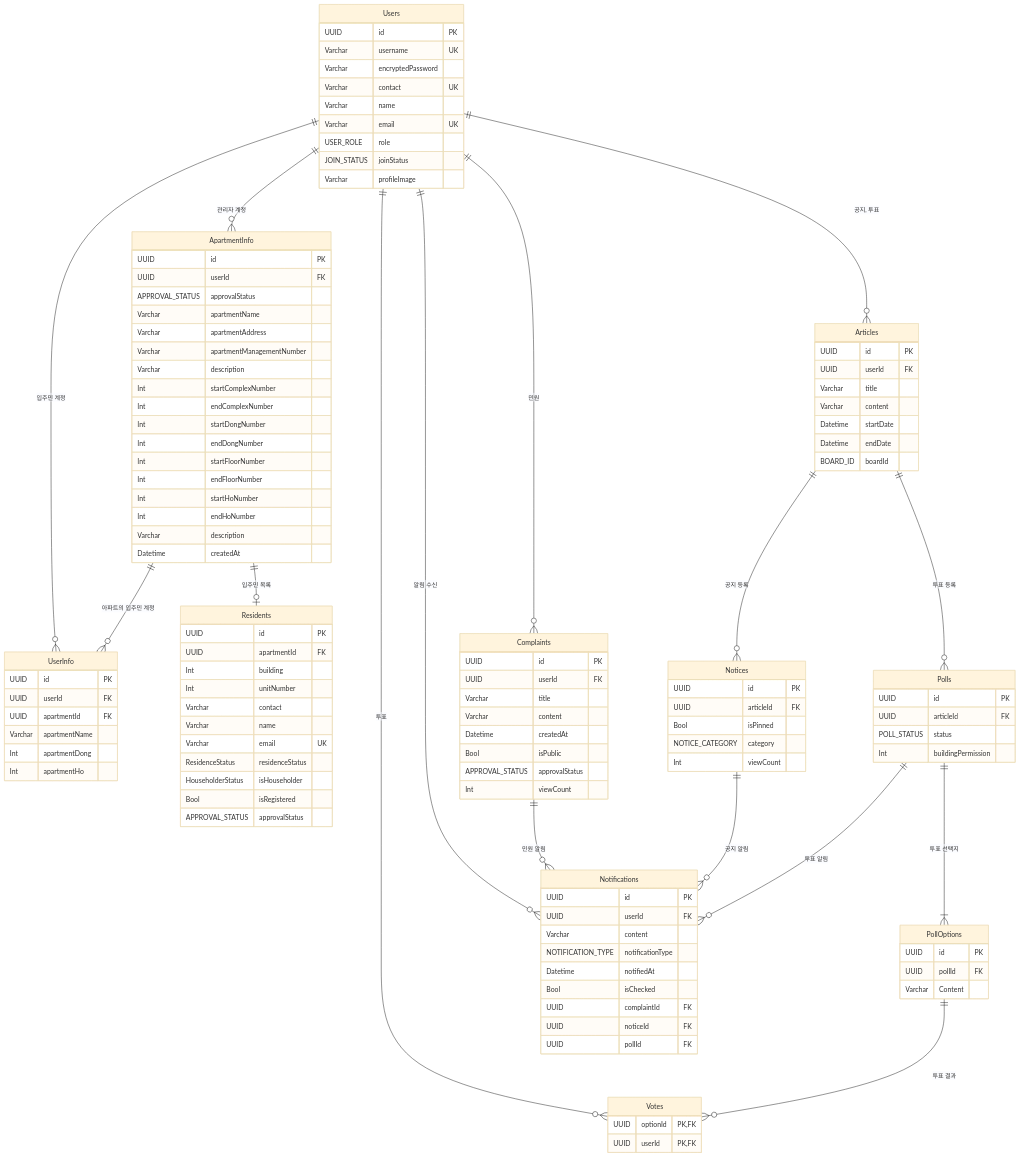
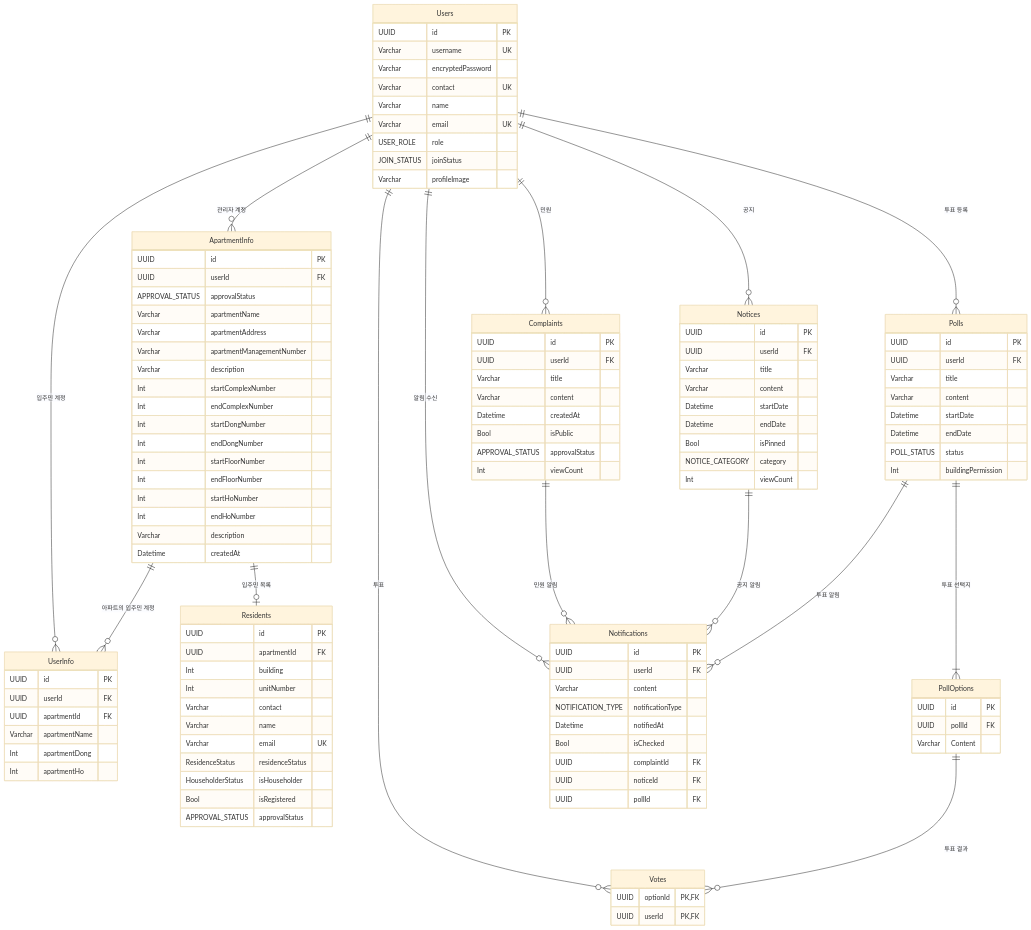
One commit to nb01-welive-team2/nb01-welive-team2 changed the diagram in erd.v1.md. Above: the diagram before and after it, drawn with Mermaid (base theme).

Commit message:
#1 erd 수정

```diff
--- a/erd.v1.md
+++ b/erd.v1.md
@@ -74,21 +74,13 @@
 }
 %% viewCount @default(0)
 
-Articles {
+Polls {
   UUID id PK
   UUID userId FK
   Varchar title
   Varchar content
   Datetime startDate
   Datetime endDate
-  BOARD_ID boardId
-}
-%% BOARD_ID : NOTICE, POLL
-%% startDate, endDate @default(now())
-
-Polls {
-  UUID id PK
-  UUID articleId FK
   POLL_STATUS status
   Int buildingPermission
 }
@@ -108,7 +100,11 @@
 
 Notices {
   UUID id PK
-  UUID articleId FK
+  UUID userId FK
+  Varchar title
+  Varchar content
+  Datetime startDate
+  Datetime endDate
   Bool isPinned
   NOTICE_CATEGORY category
   Int viewCount
@@ -137,12 +133,11 @@
 ApartmentInfo ||--o{ UserInfo : "아파트의 입주민 계정"
 ApartmentInfo ||--o| Residents : "입주민 목록"
 Users ||--o{ Complaints : "민원"
-Users ||--o{ Articles : "공지, 투표"
-Articles ||--o{ Polls : "투표 등록"
+Users ||--o{ Polls : "투표 등록"
 Polls ||--|{ PollOptions : "투표 선택지"
 Users ||--o{ Votes : "투표"
 PollOptions ||--o{ Votes : "투표 결과"
-Articles ||--o{ Notices : "공지 등록"
+Users ||--o{ Notices : "공지"
 Users ||--o{ Notifications : "알림 수신"
 Complaints ||--o{ Notifications : "민원 알림"
 Notices ||--o{ Notifications : "공지 알림"
```
